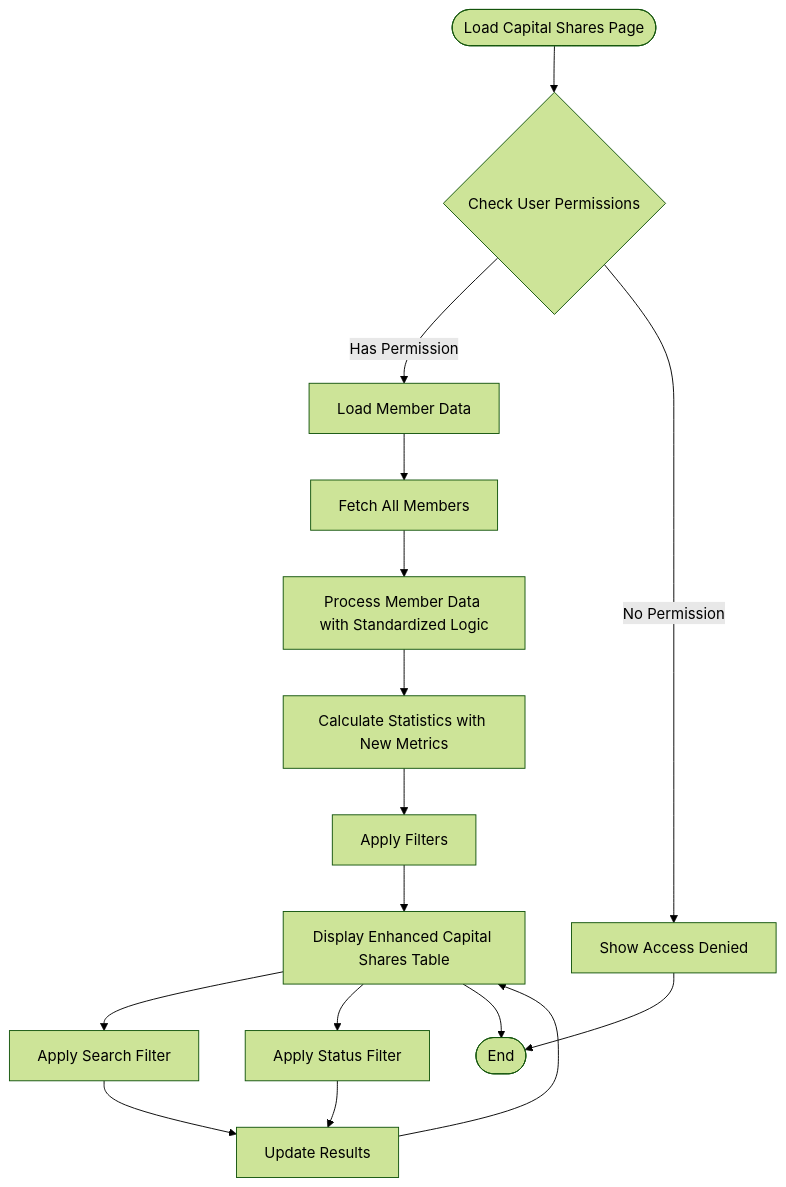
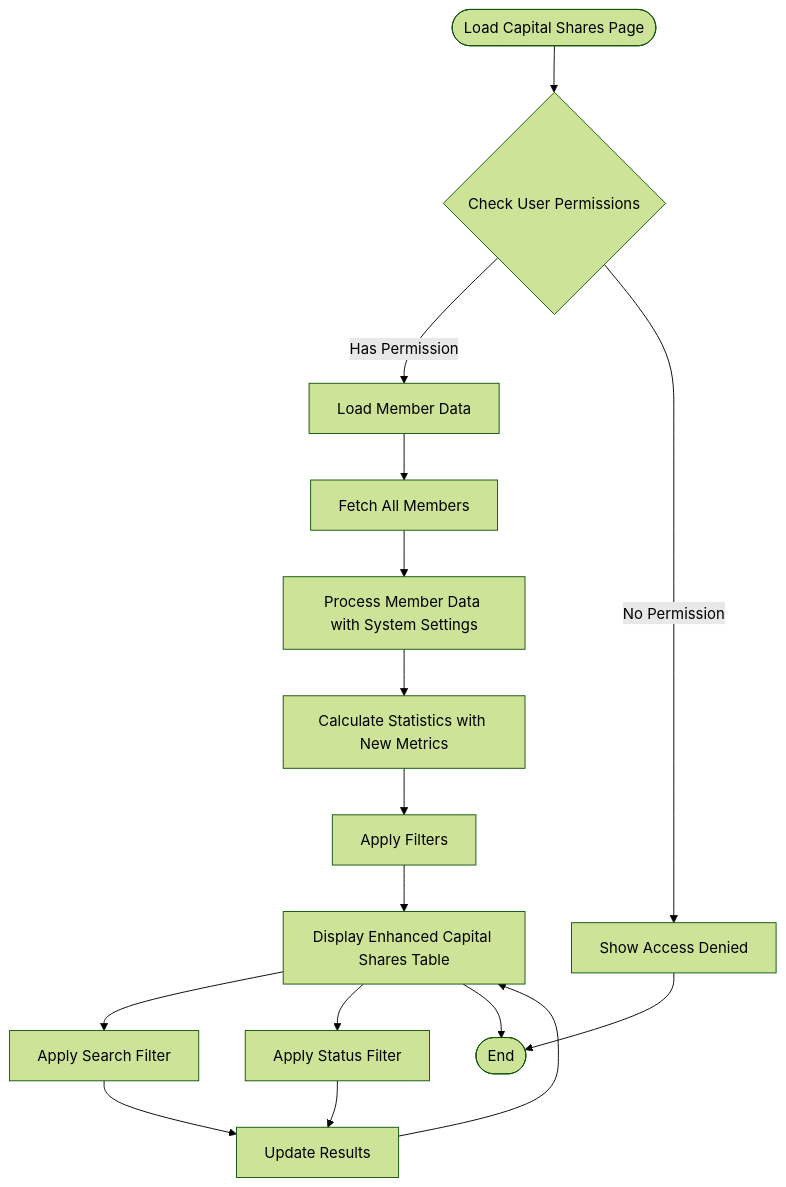
One commit to Unsure-bry/sampacoop_system changed the fourth of 18 diagrams in .qoder/repowiki/en/content/Project Overview/Core Features & Functionality/Administrative Features/Capital Shares Management System.md. Above: the diagram before and after it, drawn with Mermaid (forest theme). The commit also changed other lines of this file and 5 other files, not shown here.

````diff
--- a/.qoder/repowiki/en/content/Project Overview/Core Features & Functionality/Administrative Features/Capital Shares Management System.md
+++ b/.qoder/repowiki/en/content/Project Overview/Core Features & Functionality/Administrative Features/Capital Shares Management System.md
@@ -298,18 +322,18 @@
 ```mermaid
 flowchart TD
 Start([Load Capital Shares Page]) --> CheckPermissions{Check User Permissions}
 CheckPermissions --> |Has Permission| LoadData[Load Member Data]
 CheckPermissions --> |No Permission| ShowAccessDenied[Show Access Denied]
 LoadData --> FetchMembers[Fetch All Members]
-FetchMembers --> ProcessMembers[Process Member Data with Standardized Logic]
+FetchMembers --> ProcessMembers[Process Member Data with System Settings]
 ProcessMembers --> CalculateTotals[Calculate Statistics with New Metrics]
 CalculateTotals --> FilterData[Apply Filters]
 FilterData --> DisplayTable[Display Enhanced Capital Shares Table]
 DisplayTable --> Search[Apply Search Filter]
 DisplayTable --> StatusFilter[Apply Status Filter]
 Search --> UpdateResults[Update Results]
 StatusFilter --> UpdateResults
 UpdateResults --> DisplayTable
 ShowAccessDenied --> End([End])
 DisplayTable --> End
 ```
````
